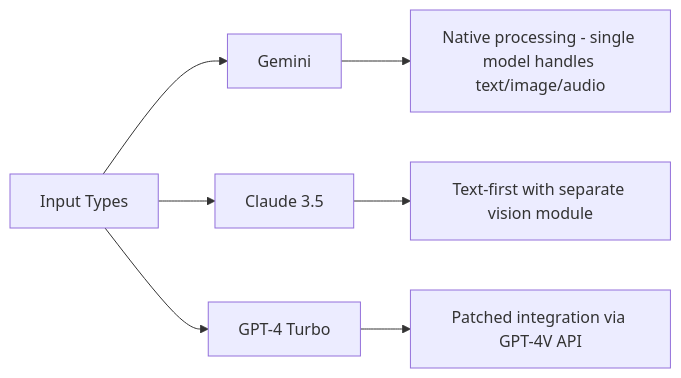
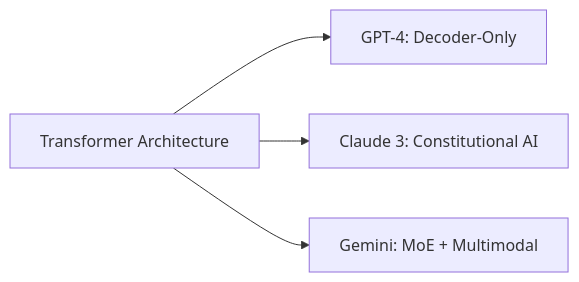
One commit to hafizhpratama/blog-starter changed the first of 2 diagrams in content/articles/claude-vs-gpt-4-vs-gemini-the-ultimate-ai-comparison.mdx. Above: the diagram before and after it, drawn with Mermaid. The commit also changed other lines of this file and 1 other file, not shown here.

````diff
--- a/content/articles/claude-vs-gpt-4-vs-gemini-the-ultimate-ai-comparison.mdx
+++ b/content/articles/claude-vs-gpt-4-vs-gemini-the-ultimate-ai-comparison.mdx
@@ -52,9 +49,6 @@
 ```mermaid
 graph LR
-A[Input Types] --> B[Gemini]
-A --> C[Claude 3.5]
-A --> D[GPT-4 Turbo]
-B --> E[Native processing - single model handles text/image/audio]
-C --> F[Text-first with separate vision module]
-D --> G[Patched integration via GPT-4V API]
+    A[Transformer Architecture] --> B[GPT-4: Decoder-Only]
+    A --> C[Claude 3: Constitutional AI]
+    A --> D[Gemini: MoE + Multimodal]
 ```
````
